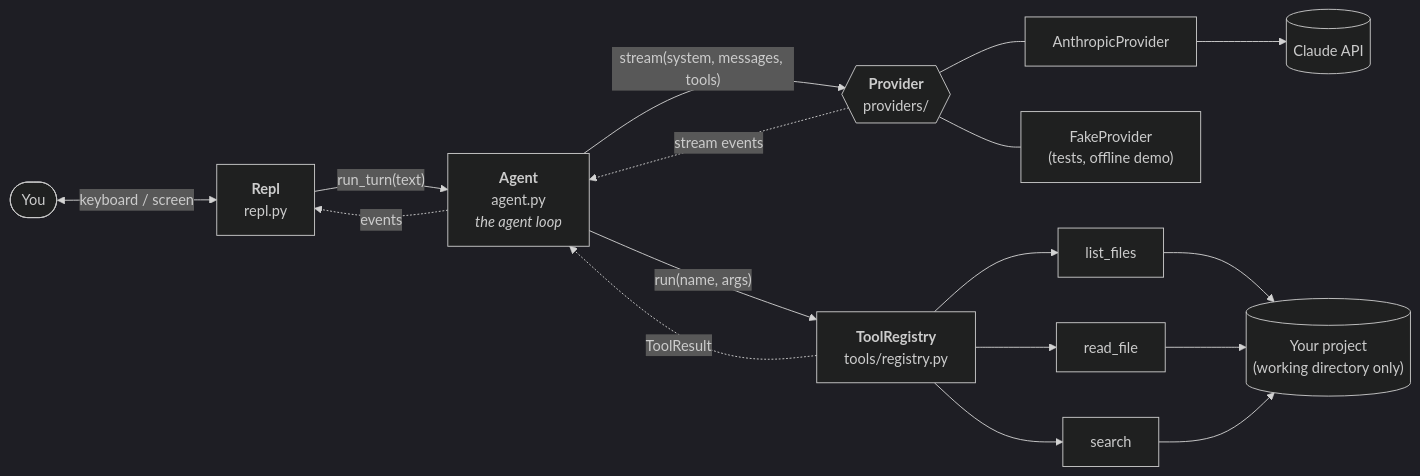
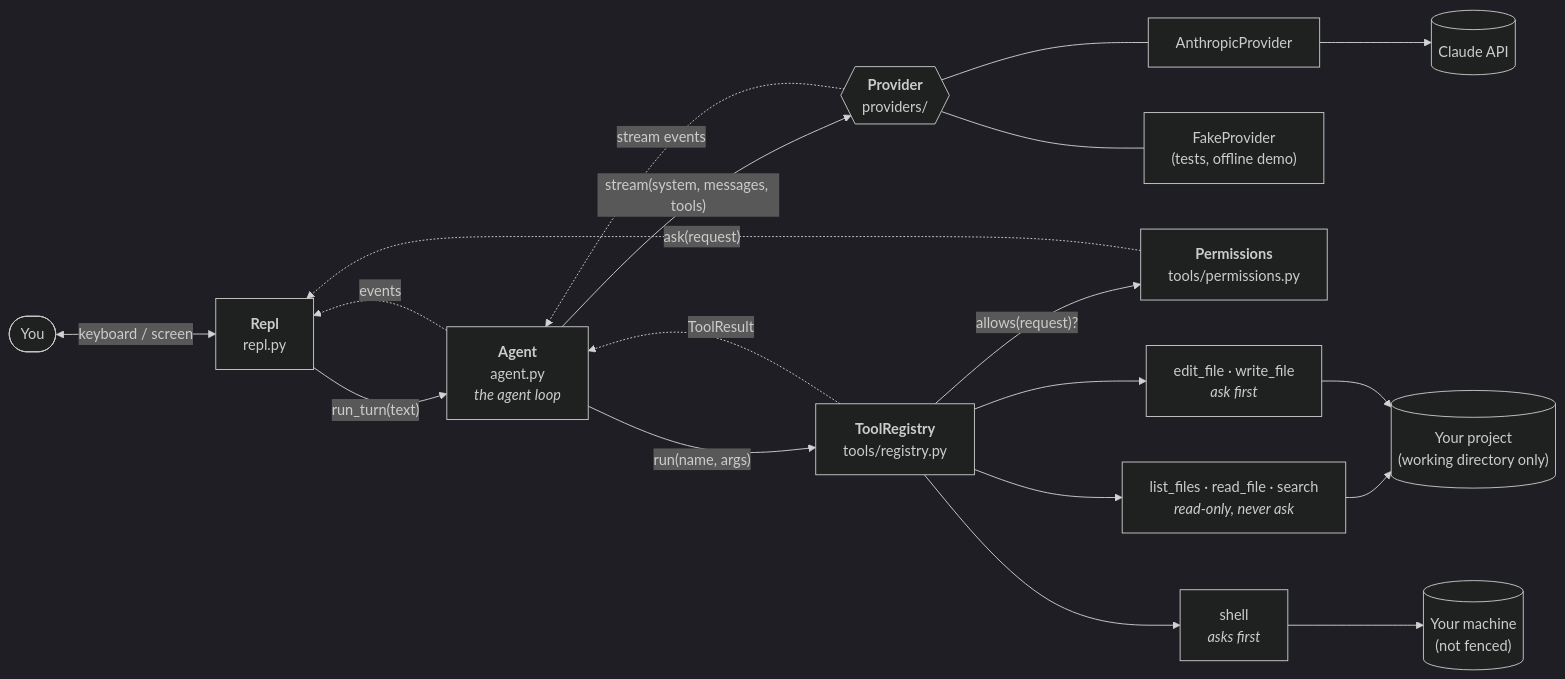
The diagram in docs/ARCHITECTURE.md (bensullivan2002/wren), drawn with Mermaid (dark theme) before and after one commit. The commit also changed other lines of this file and 26 other files, not shown here.

````diff
--- a/docs/ARCHITECTURE.md
+++ b/docs/ARCHITECTURE.md
@@ -11,13 +11,17 @@
 ```mermaid
 flowchart LR
     you([You]) <-->|keyboard / screen| repl["<b>Repl</b><br/>repl.py"]
     repl -->|"run_turn(text)"| agent["<b>Agent</b><br/>agent.py<br/><i>the agent loop</i>"]
     agent -.->|events| repl
     agent -->|"stream(system, messages, tools)"| provider{{"<b>Provider</b><br/>providers/"}}
     provider -.->|stream events| agent
     provider --- anthropic["AnthropicProvider"] --> api[("Claude API")]
     provider --- fake["FakeProvider<br/>(tests, offline demo)"]
     agent -->|"run(name, args)"| registry["<b>ToolRegistry</b><br/>tools/registry.py"]
     registry -.->|ToolResult| agent
-    registry --> t1["list_files"] & t2["read_file"] & t3["search"] --> fs[("Your project<br/>(working directory only)")]
+    registry -->|"allows(request)?"| perms["<b>Permissions</b><br/>tools/permissions.py"]
+    perms -.->|"ask(request)"| repl
+    registry --> ro["list_files · read_file · search<br/><i>read-only, never ask</i>"] --> fs[("Your project<br/>(working directory only)")]
+    registry --> rw["edit_file · write_file<br/><i>ask first</i>"] --> fs
+    registry --> sh["shell<br/><i>asks first</i>"] --> os[("Your machine<br/>(not fenced)")]
 ```
````
